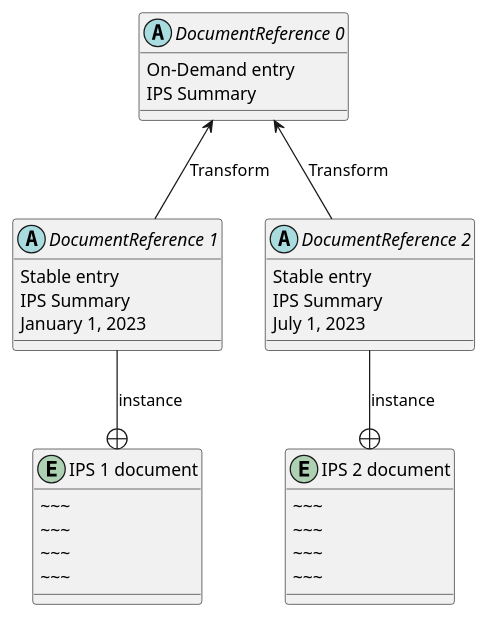
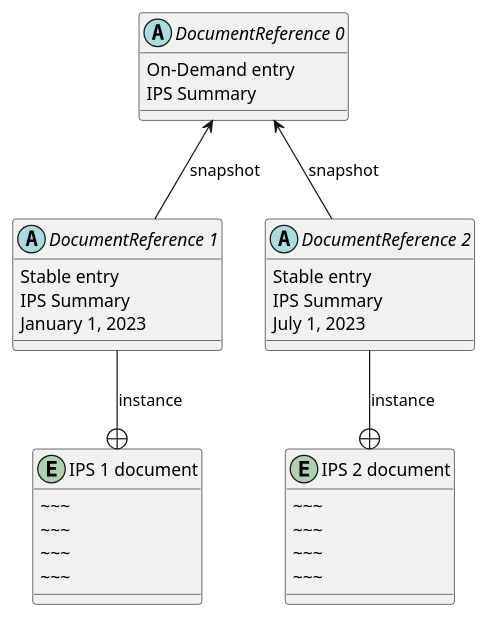
One commit to IHE/ITI.sIPS changed the diagram in input/images-source/on-demand.plantuml. Above: the diagram before and after it, drawn with PlantUML. The commit also changed 2 other files, not shown here.

```diff
--- a/input/images-source/on-demand.plantuml
+++ b/input/images-source/on-demand.plantuml
@@ -1,32 +1,32 @@
 @startuml
 abstract  "DocumentReference 0" as od {
 On-Demand entry
 IPS Summary
 }
 abstract "DocumentReference 1" as sn1 {
 Stable entry
 IPS Summary
 January 1, 2023
 }
 abstract "DocumentReference 2" as sn2 {
 Stable entry
 IPS Summary
 July 1, 2023
 }
 entity "IPS 1 document" as i1 {
     ~~~
     ~~~
     ~~~
     ~~~
 }
 entity "IPS 2 document" as i2 {
     ~~~
     ~~~
     ~~~
     ~~~
 }
-od <-down- sn1 : Transform
-od <-down- sn2 : Transform
+od <-down- sn1 : snapshot
+od <-down- sn2 : snapshot
 sn1 -down-+ i1 : instance
 sn2 -down-+ i2 : instance
 @enduml
```
